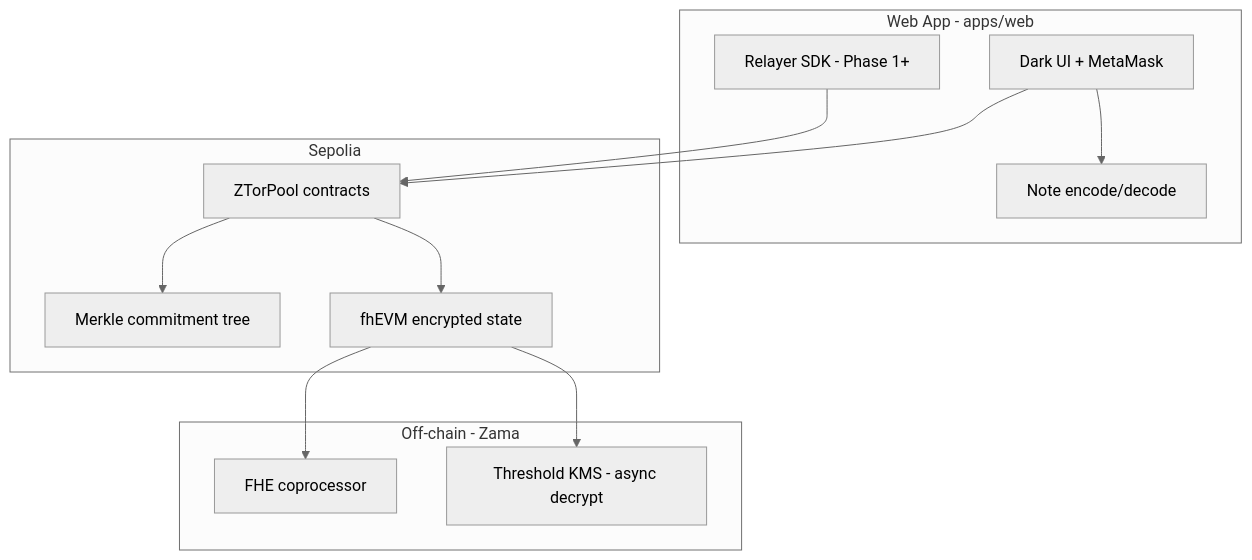
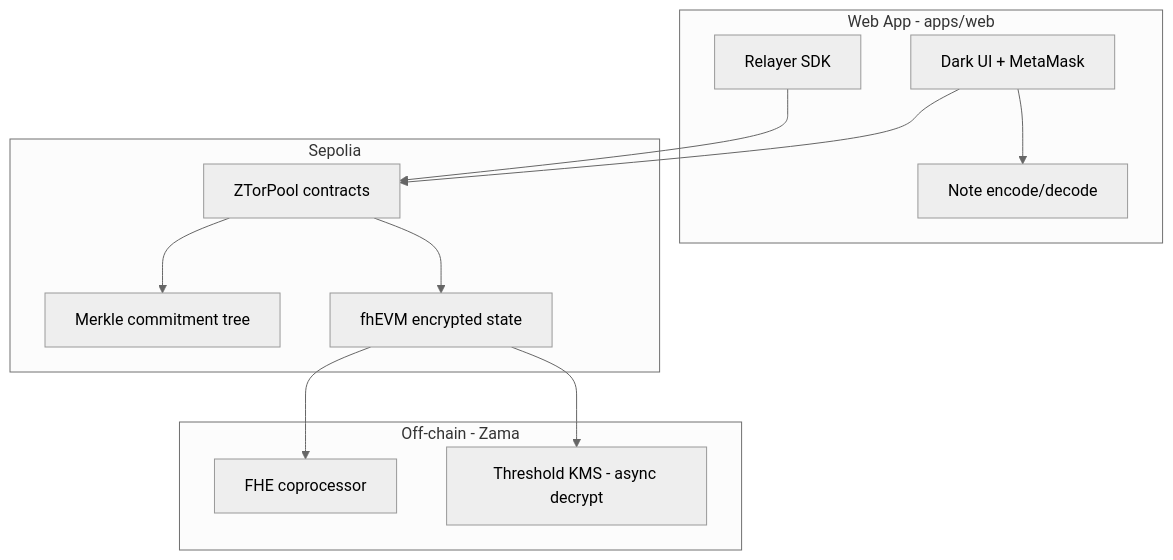
The diagram in docs/ARCHITECTURE.md (ramakrishnanhulk20/Z-Tor), drawn with Mermaid (neutral theme) before and after one commit. The commit also changed other lines of this file and 22 other files, not shown here.

````diff
--- a/docs/ARCHITECTURE.md
+++ b/docs/ARCHITECTURE.md
@@ -5,27 +5,27 @@
 ```mermaid
 flowchart TB
   subgraph client [Web App - apps/web]
     UI[Dark UI + MetaMask]
     Note[Note encode/decode]
-    Enc[Relayer SDK - Phase 1+]
+    Enc[Relayer SDK]
   end
 
   subgraph chain [Sepolia]
     Pool[ZTorPool contracts]
     Tree[Merkle commitment tree]
     FHE[fhEVM encrypted state]
   end
 
   subgraph offchain [Off-chain - Zama]
     Coproc[FHE coprocessor]
     KMS[Threshold KMS - async decrypt]
   end
 
   UI --> Note
   UI --> Pool
   Enc --> Pool
   Pool --> Tree
   Pool --> FHE
   FHE --> Coproc
   FHE --> KMS
 ```
````
